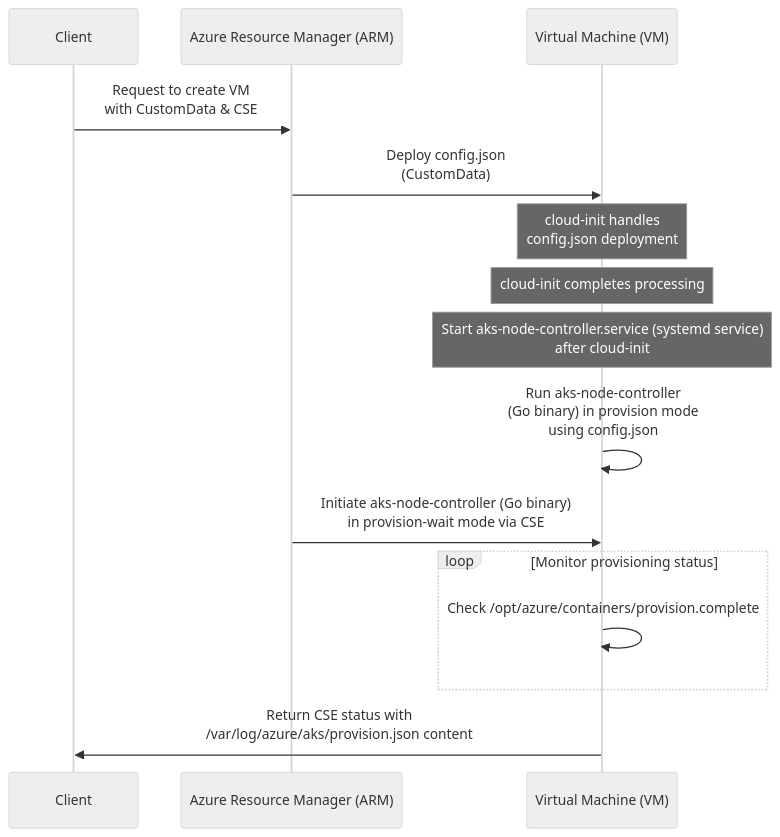
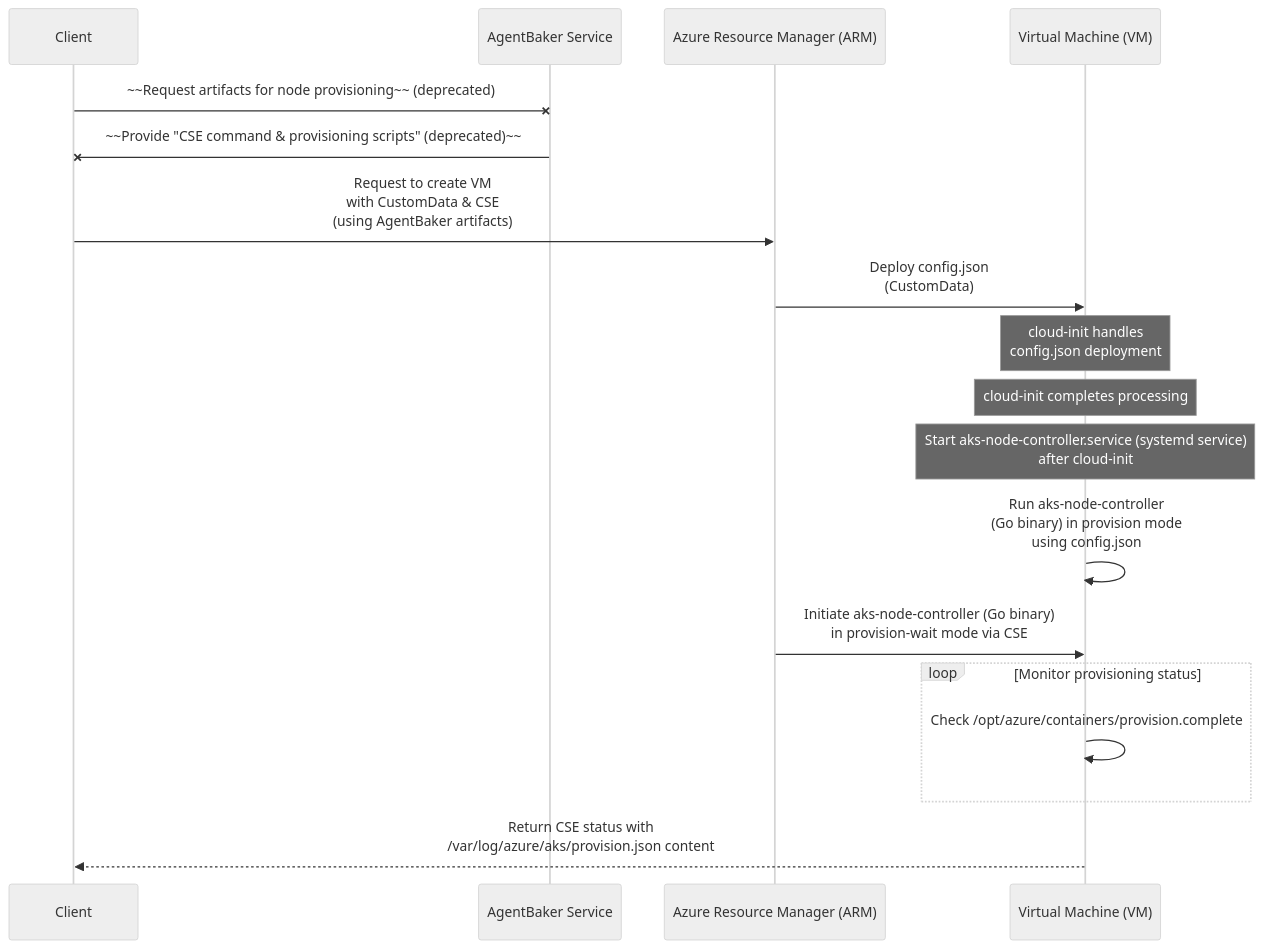
The diagram in aks-node-controller/README.md (Azure/AgentBaker), drawn with Mermaid (neutral theme) before and after one commit. The commit also changed 1 other file, not shown here.

Commit message:
log aks-node-controller arguments and update readme

````diff
--- a/aks-node-controller/README.md
+++ b/aks-node-controller/README.md
@@ -109,22 +109,27 @@
 ```mermaid
 sequenceDiagram
     participant Client as Client
+    participant AgentBaker as AgentBaker Service
     participant ARM as Azure Resource Manager (ARM)
     participant VM as Virtual Machine (VM)
 
-    Client->>ARM: Request to create VM<br/>with CustomData & CSE
+    Client -x AgentBaker: ~~Request artifacts for node provisioning~~ (deprecated)
+
+    AgentBaker-xClient: ~~Provide "CSE command & provisioning scripts" (deprecated)~~
+
+    Client->>ARM: Request to create VM<br/>with CustomData & CSE<br/>(using AgentBaker artifacts)
     ARM->>VM: Deploy config.json<br/>(CustomData)
     note over VM: cloud-init handles<br/>config.json deployment
 
     note over VM: cloud-init completes processing
-    note over VM: Start aks-node-controller.service (systemd service)<br/> after cloud-init
+    note over VM: Start aks-node-controller.service (systemd service)<br/>after cloud-init
     VM->>VM: Run aks-node-controller<br/>(Go binary) in provision mode<br/>using config.json
 
     ARM->>VM: Initiate aks-node-controller (Go binary)<br/>in provision-wait mode via CSE
 
     loop Monitor provisioning status
         VM->>VM: Check /opt/azure/containers/provision.complete
     end
 
-    VM->>Client: Return CSE status with<br/>/var/log/azure/aks/provision.json content
+    VM-->>Client: Return CSE status with<br/>/var/log/azure/aks/provision.json content
 ```
````
